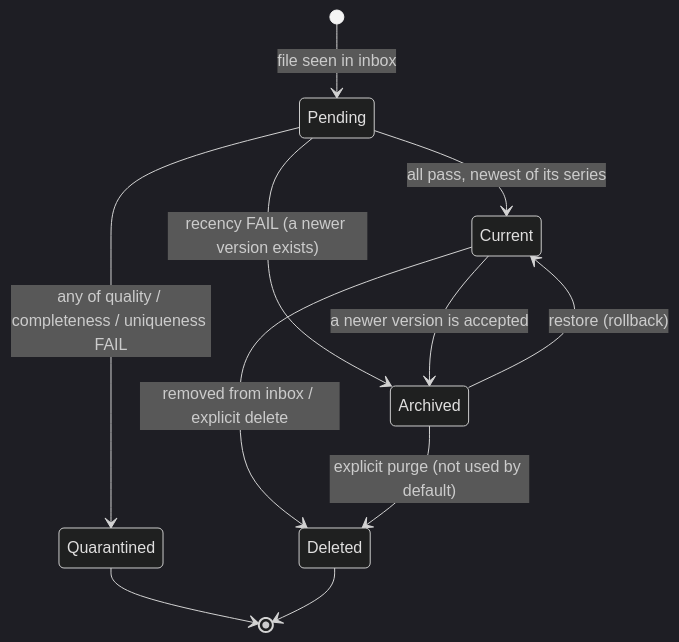
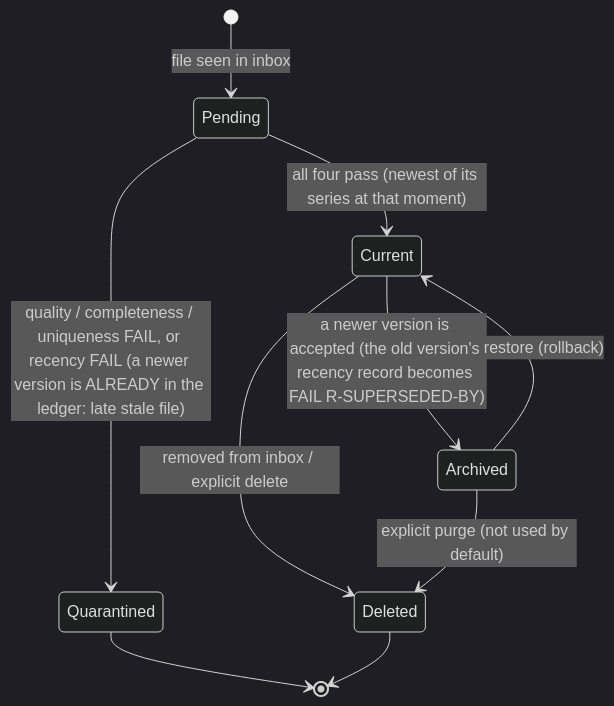
One commit to IfBilal/Rahbar changed the third of 3 diagrams in docs/a3-ragops/04-ARCHITECTURE.md. Above: the diagram before and after it, drawn with Mermaid (dark theme). The commit also changed other lines of this file and 7 other files, not shown here.

````diff
--- a/docs/a3-ragops/04-ARCHITECTURE.md
+++ b/docs/a3-ragops/04-ARCHITECTURE.md
@@ -138,13 +138,12 @@
 ```mermaid
 stateDiagram-v2
   [*] --> Pending: file seen in inbox
-  Pending --> Quarantined: any of quality / completeness / uniqueness FAIL
-  Pending --> Current: all pass, newest of its series
-  Pending --> Archived: recency FAIL (a newer version exists)
-  Current --> Archived: a newer version is accepted
+  Pending --> Quarantined: quality / completeness / uniqueness FAIL, or recency FAIL (a newer version is ALREADY in the ledger: late stale file)
+  Pending --> Current: all four pass (newest of its series at that moment)
+  Current --> Archived: a newer version is accepted (the old version's recency record becomes FAIL R-SUPERSEDED-BY)
   Archived --> Current: restore (rollback)
   Current --> Deleted: removed from inbox / explicit delete
   Archived --> Deleted: explicit purge (not used by default)
   Quarantined --> [*]
   Deleted --> [*]
 ```
````
